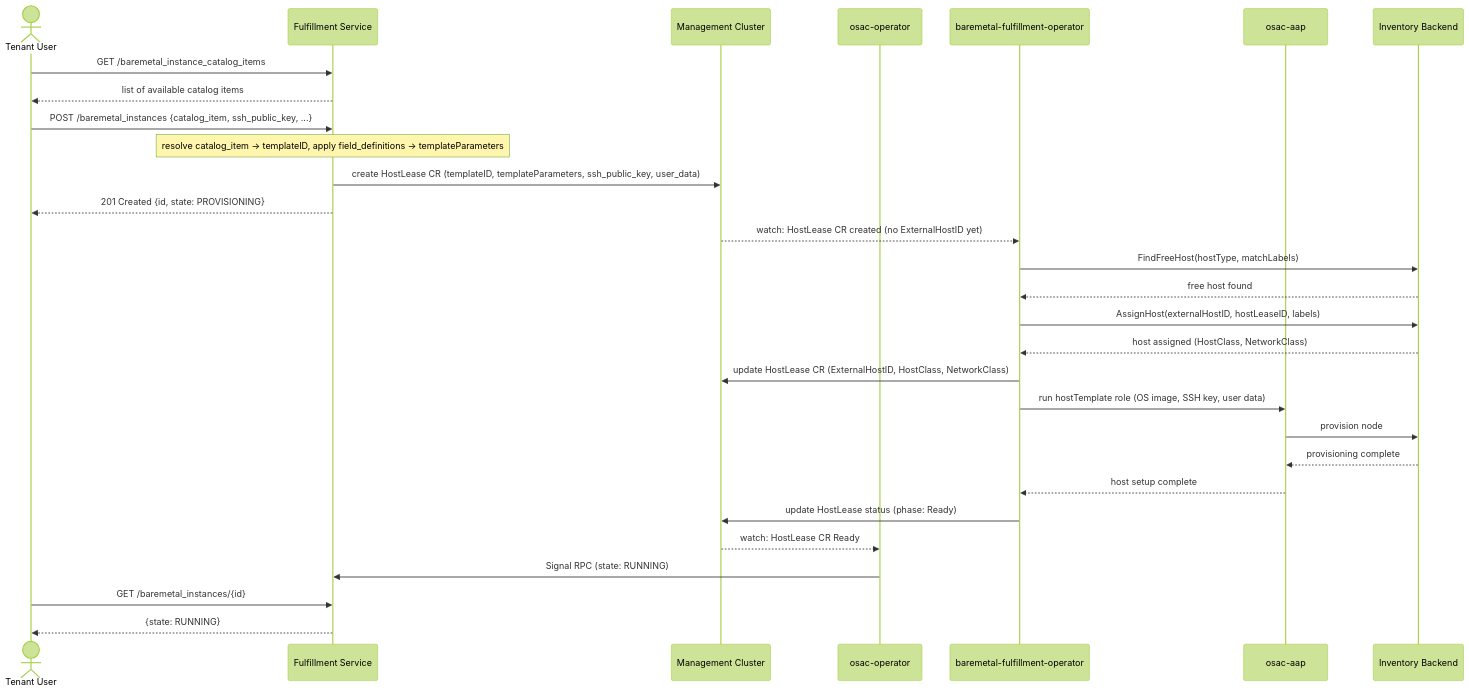
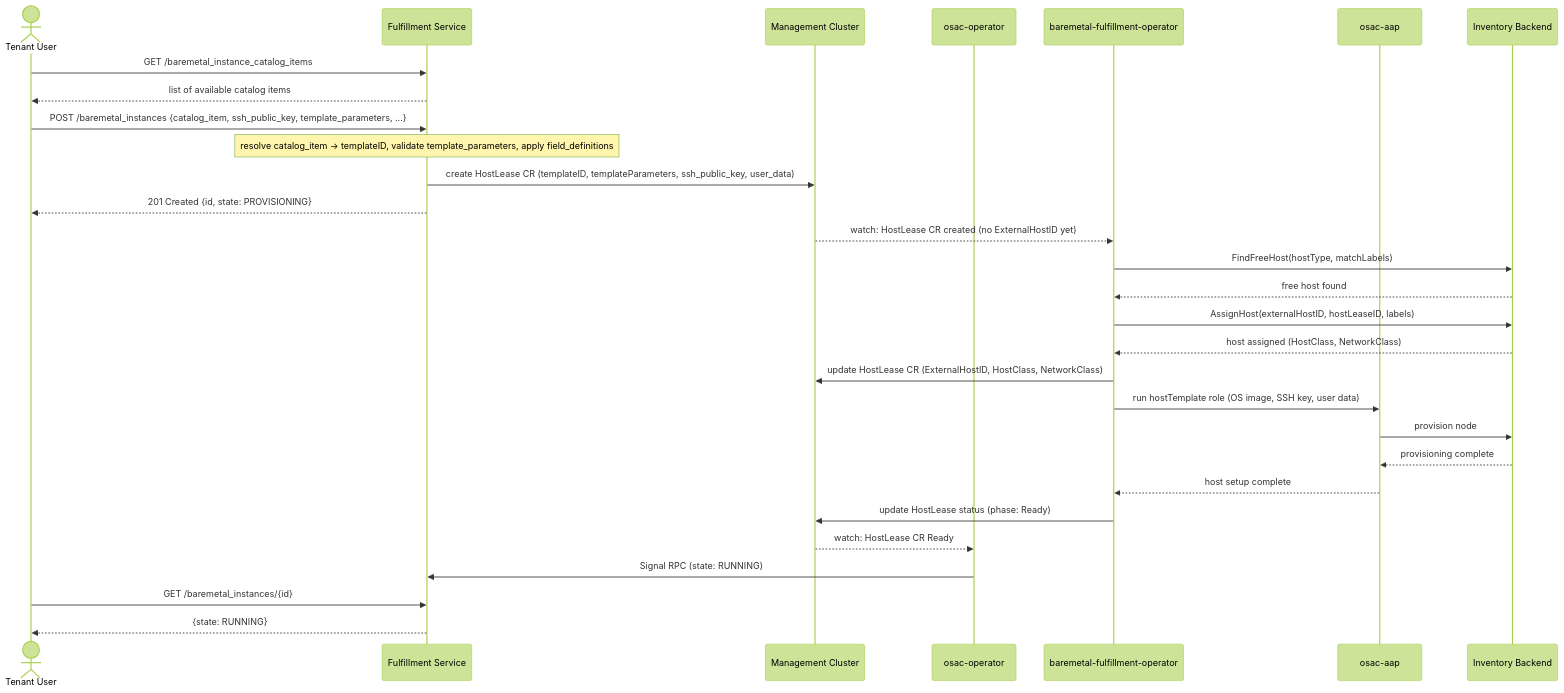
The diagram in enhancements/baremetal-instance-api/README.md (osac-project/enhancement-proposals), drawn with Mermaid (forest theme) before and after one commit. The commit also changed other lines of this file, not shown here.

First line of the commit message:
OSAC-1571: document template_parameters field in BareMetalInstance EP

````diff
--- a/enhancements/baremetal-instance-api/README.md
+++ b/enhancements/baremetal-instance-api/README.md
@@ -116,36 +116,36 @@
 ```mermaid
 sequenceDiagram
     actor TU as Tenant User
     participant FS as Fulfillment Service
     participant MC as Management Cluster
     participant OP as osac-operator
     participant BMF as baremetal-fulfillment-operator
     participant AAP as osac-aap
     participant INV as Inventory Backend
 
     TU->>FS: GET /baremetal_instance_catalog_items
     FS-->>TU: list of available catalog items
 
-    TU->>FS: POST /baremetal_instances {catalog_item, ssh_public_key, ...}
-    Note over FS: resolve catalog_item → templateID, apply field_definitions → templateParameters
+    TU->>FS: POST /baremetal_instances {catalog_item, ssh_public_key, template_parameters, ...}
+    Note over FS: resolve catalog_item → templateID, validate template_parameters, apply field_definitions
     FS->>MC: create HostLease CR (templateID, templateParameters, ssh_public_key, user_data)
     FS-->>TU: 201 Created {id, state: PROVISIONING}
 
     MC-->>BMF: watch: HostLease CR created (no ExternalHostID yet)
     BMF->>INV: FindFreeHost(hostType, matchLabels)
     INV-->>BMF: free host found
     BMF->>INV: AssignHost(externalHostID, hostLeaseID, labels)
     INV-->>BMF: host assigned (HostClass, NetworkClass)
     BMF->>MC: update HostLease CR (ExternalHostID, HostClass, NetworkClass)
     BMF->>AAP: run hostTemplate role (OS image, SSH key, user data)
     AAP->>INV: provision node
     INV-->>AAP: provisioning complete
     AAP-->>BMF: host setup complete
     BMF->>MC: update HostLease status (phase: Ready)
 
     MC-->>OP: watch: HostLease CR Ready
     OP->>FS: Signal RPC (state: RUNNING)
 
     TU->>FS: GET /baremetal_instances/{id}
     FS-->>TU: {state: RUNNING}
 ```
````
